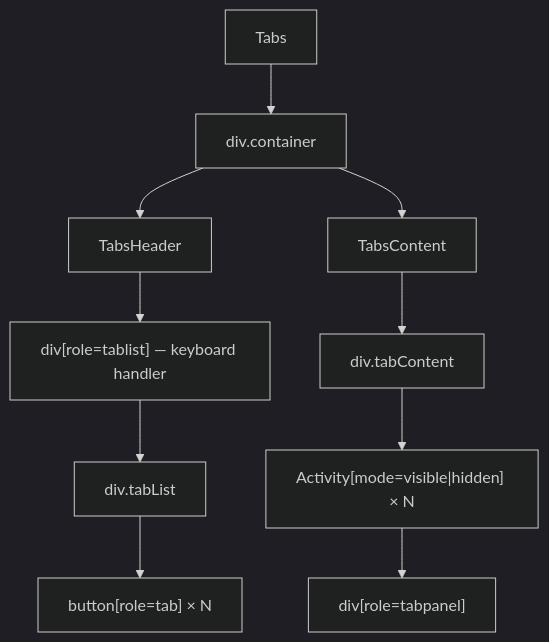
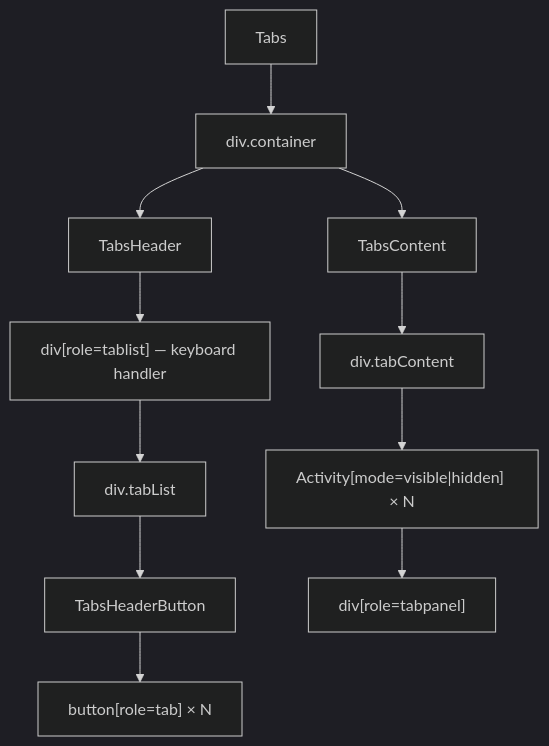
The second of 2 diagrams in packages/ui/src/components/Tabs/ARCHITECTURE.md (luciocabrera/lcabrera-stack), drawn with Mermaid (dark theme) before and after one commit. The commit also changed other lines of this file and 16 other files, not shown here.

````diff
--- a/packages/ui/src/components/Tabs/ARCHITECTURE.md
+++ b/packages/ui/src/components/Tabs/ARCHITECTURE.md
@@ -44,12 +52,13 @@
 ```mermaid
 graph TD
   Tabs --> Container["div.container"]
   Container --> TabsHeader
   Container --> TabsContent
   TabsHeader --> TabList["div[role=tablist] — keyboard handler"]
   TabList --> TabListInner["div.tabList"]
-  TabListInner --> TabBtn["button[role=tab] × N"]
+  TabListInner --> TabsHeaderButton
+  TabsHeaderButton --> TabBtn["button[role=tab] × N"]
   TabsContent --> ContentWrap["div.tabContent"]
   ContentWrap --> Activity_N["Activity[mode=visible|hidden] × N"]
   Activity_N --> Panel["div[role=tabpanel]"]
 ```
````
